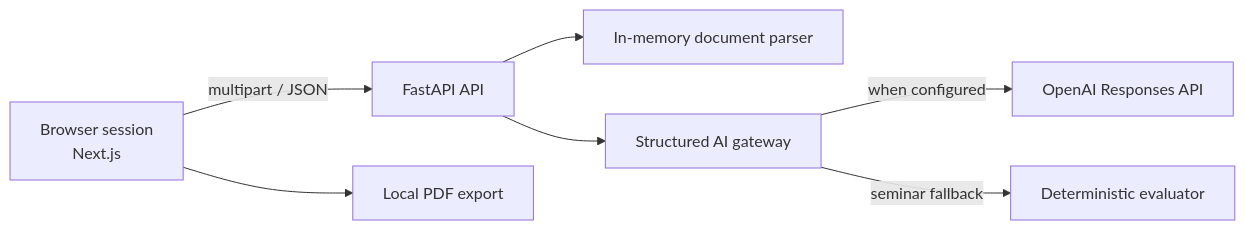
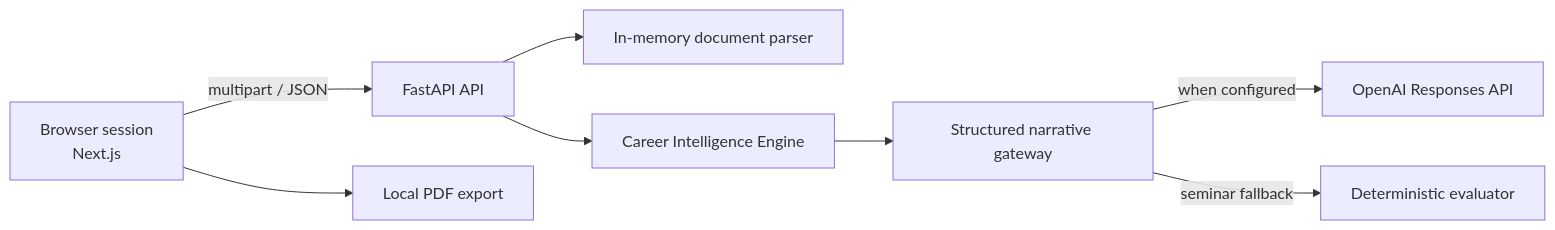
The diagram in ARCHITECTURE.md (anoopkrishnan211-bit/AI-CIP), drawn with Mermaid before and after one commit. The commit also changed other lines of this file and 30 other files, not shown here.

Commit message:
feat: add explainable career intelligence engine

````diff
--- a/ARCHITECTURE.md
+++ b/ARCHITECTURE.md
@@ -13,9 +13,10 @@
 ```mermaid
 flowchart LR
   B["Browser session\nNext.js"] -->|"multipart / JSON"| A["FastAPI API"]
   A --> P["In-memory document parser"]
-  A --> O["Structured AI gateway"]
+  A --> E["Career Intelligence Engine"]
+  E --> O["Structured narrative gateway"]
   O -->|"when configured"| OpenAI["OpenAI Responses API"]
   O -->|"seminar fallback"| D["Deterministic evaluator"]
   B --> PDF["Local PDF export"]
 ```
````
